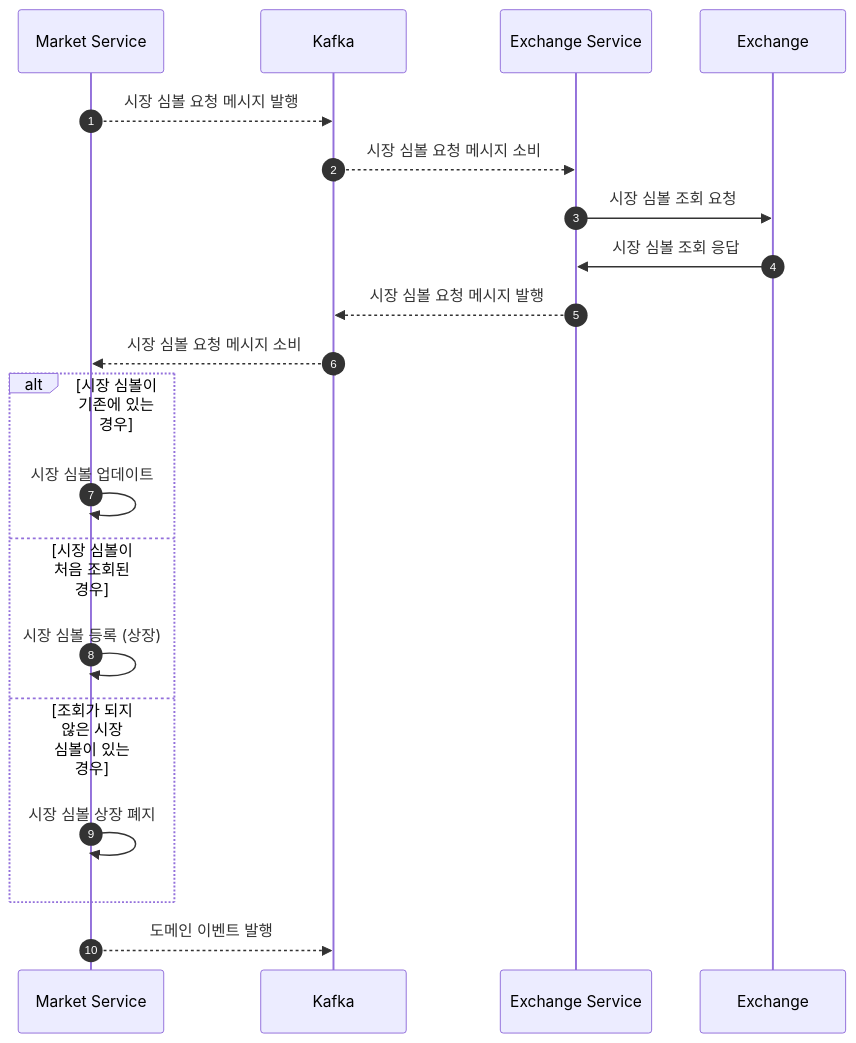
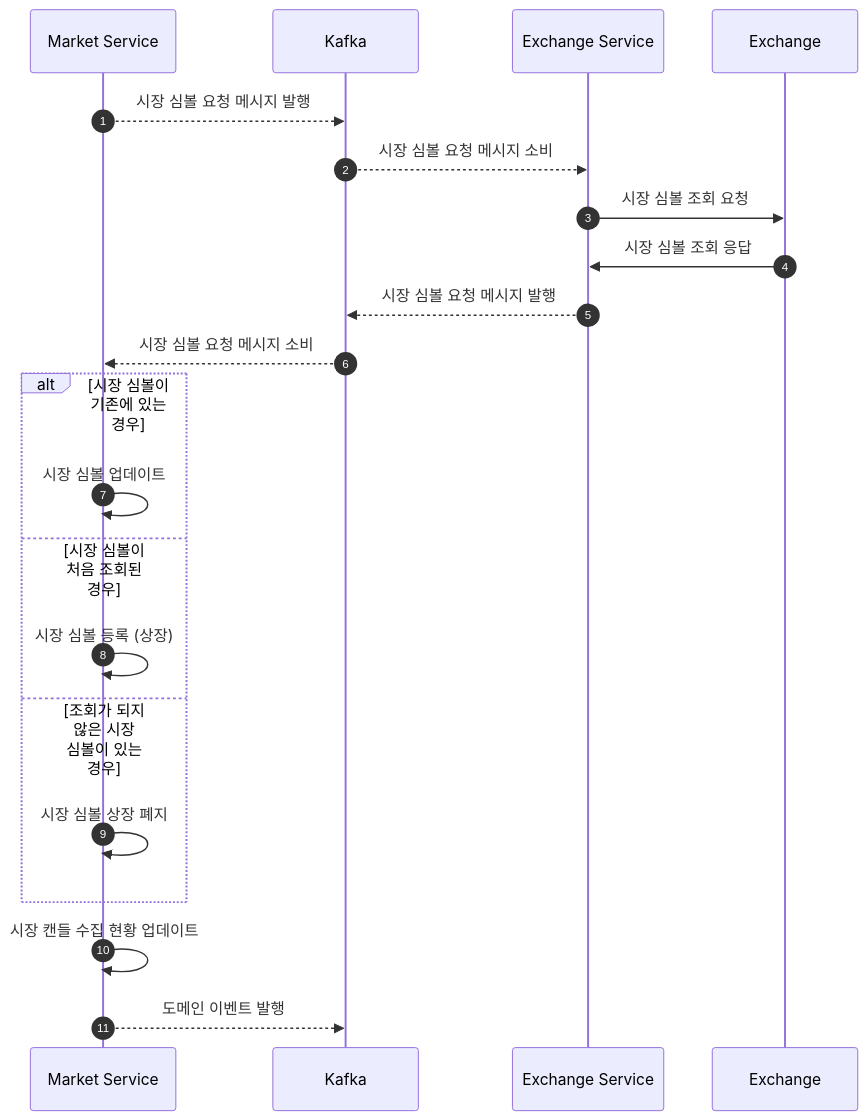
One commit to Trade-Pilot/.github changed the first of 2 diagrams in backend/design/MarketService.md. Above: the diagram before and after it, drawn with Mermaid. The commit also changed other lines of this file, not shown here.

Commit message:
feat: sequance diagram 추가

````diff
--- a/backend/design/MarketService.md
+++ b/backend/design/MarketService.md
@@ -72,26 +74,28 @@
 ```mermaid
 sequenceDiagram
     participant m as Market Service
     participant k as Kafka
     participant e as Exchange Service
     participant ex as Exchange
 
     autoNumber
 
     m -->> k : 시장 심볼 요청 메시지 발행
     k -->> e : 시장 심볼 요청 메시지 소비
     e ->> ex : 시장 심볼 조회 요청
     ex ->> e : 시장 심볼 조회 응답
     e -->> k : 시장 심볼 요청 메시지 발행
     k -->> m : 시장 심볼 요청 메시지 소비
 
     alt 시장 심볼이 기존에 있는 경우
         m ->> m : 시장 심볼 업데이트
     else 시장 심볼이 처음 조회된 경우
         m ->> m : 시장 심볼 등록 (상장)
     else 조회가 되지 않은 시장 심볼이 있는 경우
         m ->> m : 시장 심볼 상장 폐지
     end
 
+    m ->> m : 시장 캔들 수집 현황 업데이트
+
     m -->> k : 도메인 이벤트 발행
 ```
````
